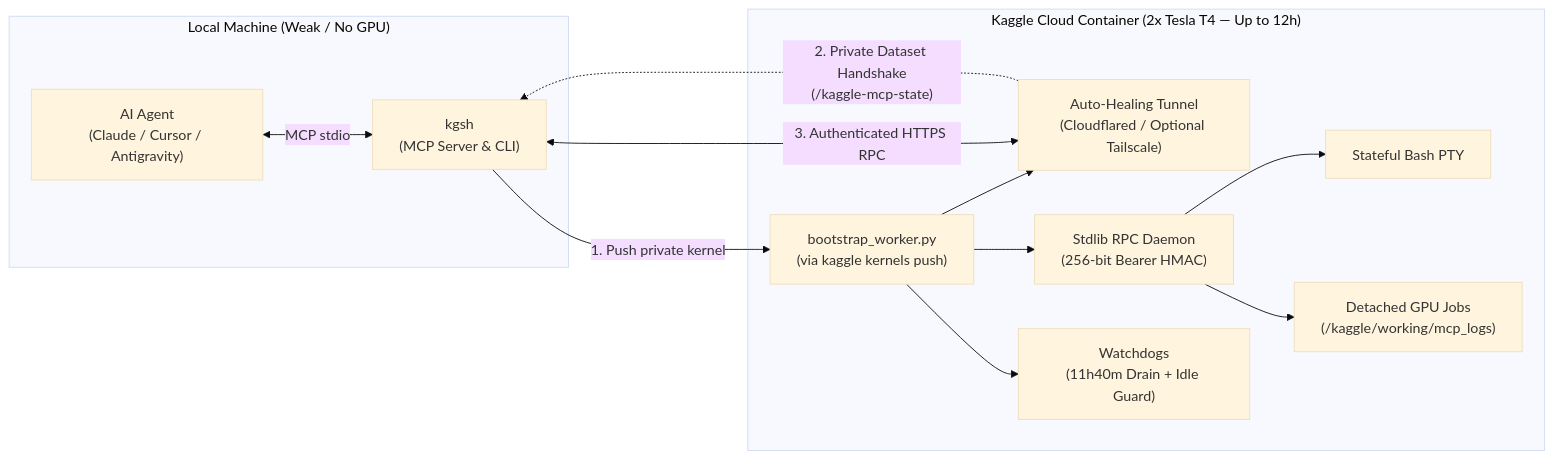
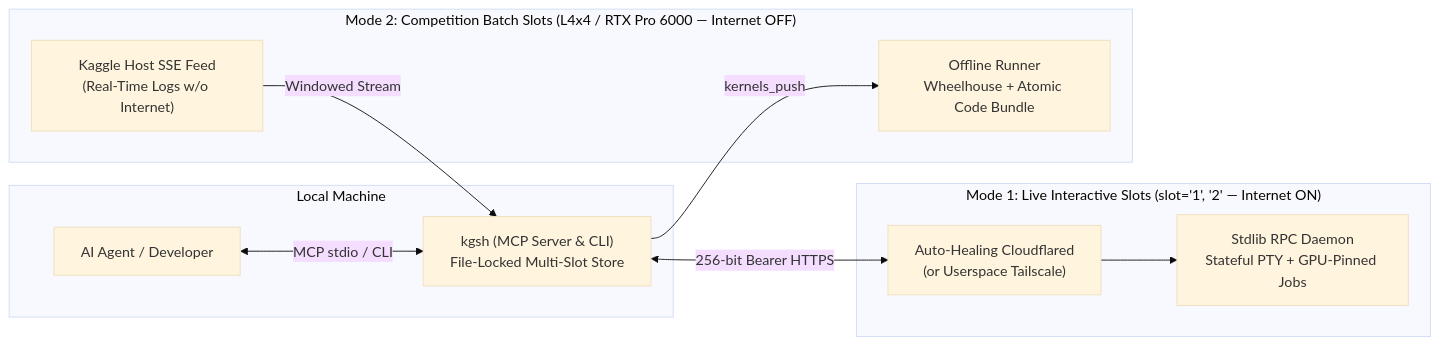
The diagram in README.md (NguyenQuocDat06-AI/kaggle-shell-mcp), drawn with Mermaid (base theme) before and after one commit. The commit also changed other lines of this file and 18 other files, not shown here.

Commit message:
feat(v0.2.0): multi-slot parallel GPU VMs, competition accelerators & offline Host SSE runner

````diff
--- a/README.md
+++ b/README.md
@@ -34,23 +32,23 @@
 ```mermaid
 flowchart LR
-    subgraph Local["Local Machine (Weak / No GPU)"]
-        Agent["AI Agent\n(Claude / Cursor / Antigravity)"]
-        MCP["kgsh\n(MCP Server & CLI)"]
+    subgraph Local["Local Machine"]
+        Agent["AI Agent / Developer"]
+        MCP["kgsh (MCP Server & CLI)\nFile-Locked Multi-Slot Store"]
     end
 
-    subgraph Kaggle["Kaggle Cloud Container (2x Tesla T4 — Up to 12h)"]
-        Boot["bootstrap_worker.py\n(via kaggle kernels push)"]
-        Tunnel["Auto-Healing Tunnel\n(Cloudflared / Optional Tailscale)"]
-        Daemon["Stdlib RPC Daemon\n(256-bit Bearer HMAC)"]
-        PTY["Stateful Bash PTY"]
-        Jobs["Detached GPU Jobs\n(/kaggle/working/mcp_logs)"]
-        Dog["Watchdogs\n(11h40m Drain + Idle Guard)"]
+    subgraph LiveMode["Mode 1: Live Interactive Slots (slot='1', '2' — Internet ON)"]
+        Tunnel["Auto-Healing Cloudflared\n(or Userspace Tailscale)"]
+        Daemon["Stdlib RPC Daemon\nStateful PTY + GPU-Pinned Jobs"]
     end
 
-    Agent <-->|"MCP stdio"| MCP
-    MCP -->|"1. Push private kernel"| Boot
-    Boot --> Tunnel & Daemon & Dog
-    Tunnel -.->|"2. Private Dataset Handshake\n(<user>/kaggle-mcp-state)"| MCP
-    MCP <-->|"3. Authenticated HTTPS RPC"| Tunnel
-    Daemon --> PTY & Jobs
+    subgraph OfflineMode["Mode 2: Competition Batch Slots (L4x4 / RTX Pro 6000 — Internet OFF)"]
+        Batch["Offline Runner\nWheelhouse + Atomic Code Bundle"]
+        SSE["Kaggle Host SSE Feed\n(Real-Time Logs w/o Internet)"]
+    end
+
+    Agent <-->|"MCP stdio / CLI"| MCP
+    MCP <-->|"256-bit Bearer HTTPS"| Tunnel
+    Tunnel --> Daemon
+    MCP -->|"kernels_push"| Batch
+    SSE -->|"Windowed Stream"| MCP
 ```
````
